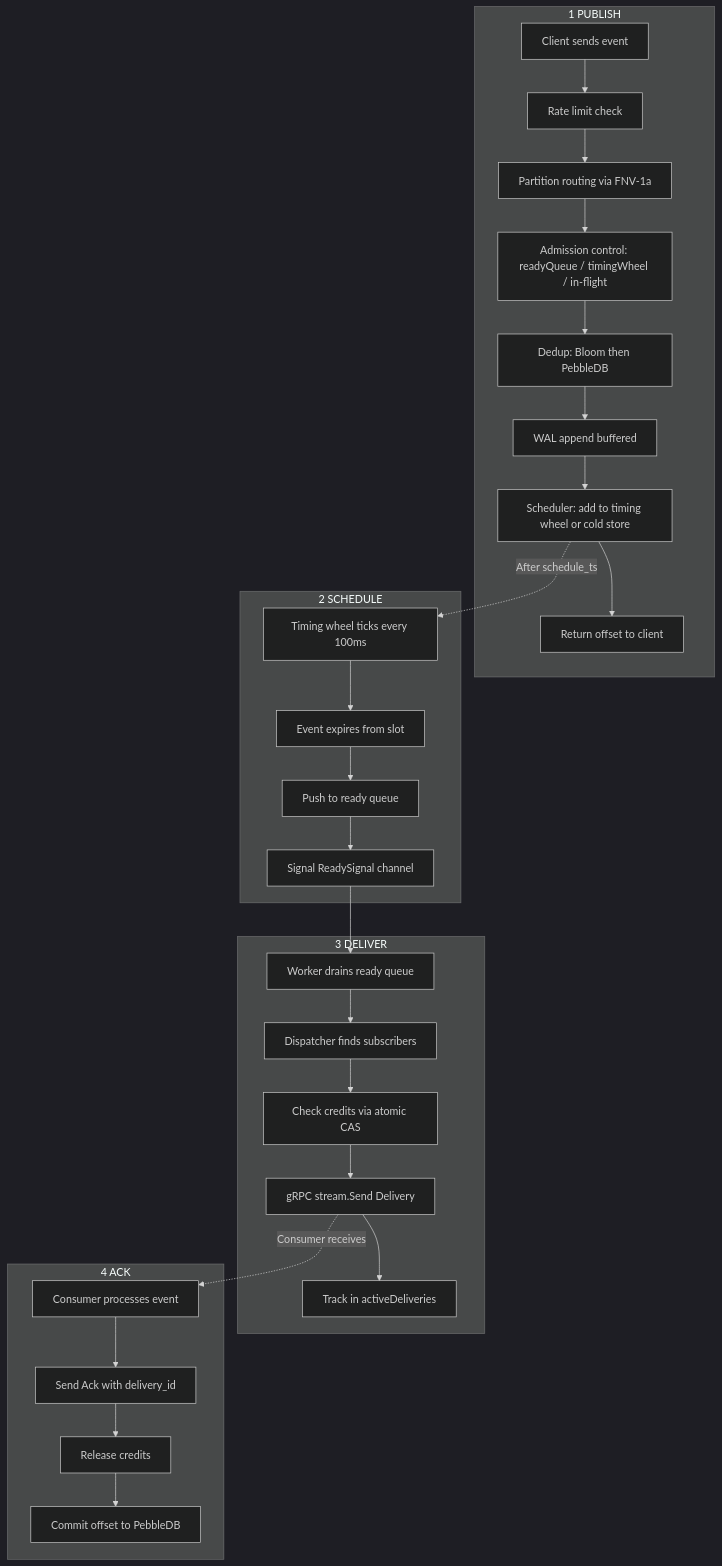
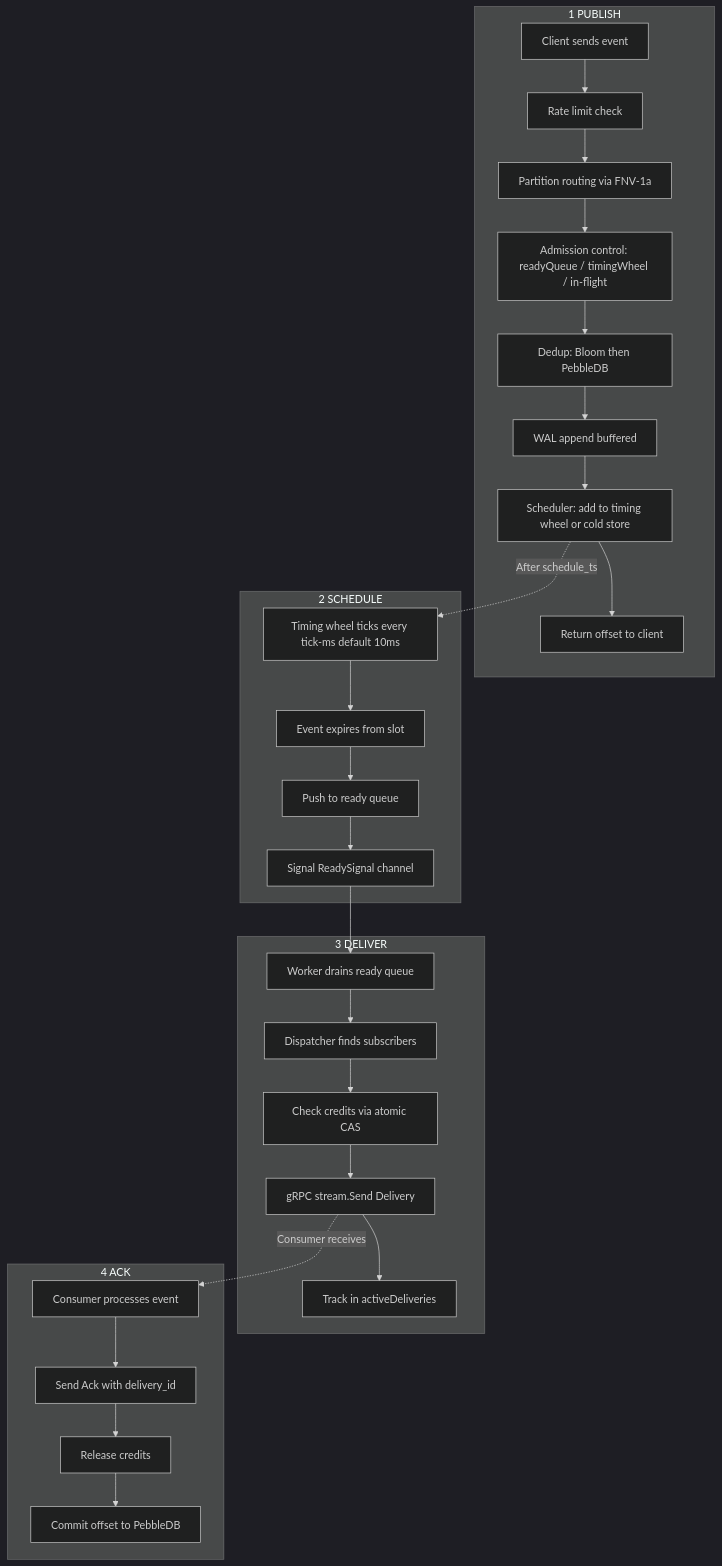
Diagram 43 of 47 in ARCHITECTURE.md (jatin711-debug/cronos_db_golang), drawn with Mermaid (dark theme) before and after one commit. The commit also changed other lines of this file and 24 other files, not shown here.

First line of the commit message:
docs: align architecture docs and mermaid with current runtime

````diff
--- a/ARCHITECTURE.md
+++ b/ARCHITECTURE.md
@@ -1305,42 +1325,42 @@
 ```mermaid
 flowchart TD
     subgraph 1 PUBLISH
         P1[Client sends event]
         P2[Rate limit check]
         P3[Partition routing via FNV-1a]
         P3a[Admission control: readyQueue / timingWheel / in-flight]
         P4[Dedup: Bloom then PebbleDB]
         P5[WAL append buffered]
         P6[Scheduler: add to timing wheel or cold store]
         P7[Return offset to client]
     end
 
     subgraph 2 SCHEDULE
-        S1[Timing wheel ticks every 100ms]
+        S1[Timing wheel ticks every tick-ms default 10ms]
         S2[Event expires from slot]
         S3[Push to ready queue]
         S4[Signal ReadySignal channel]
     end
 
     subgraph 3 DELIVER
         D1[Worker drains ready queue]
         D2[Dispatcher finds subscribers]
         D3[Check credits via atomic CAS]
         D4[gRPC stream.Send Delivery]
         D5[Track in activeDeliveries]
     end
 
     subgraph 4 ACK
         A1[Consumer processes event]
         A2[Send Ack with delivery_id]
         A3[Release credits]
         A4[Commit offset to PebbleDB]
     end
 
     P1 --> P2 --> P3 --> P3a --> P4 --> P5 --> P6 --> P7
     P6 -.->|After schedule_ts| S1
     S1 --> S2 --> S3 --> S4
     S4 --> D1 --> D2 --> D3 --> D4 --> D5
     D4 -.->|Consumer receives| A1
     A1 --> A2 --> A3 --> A4
 ```
````
